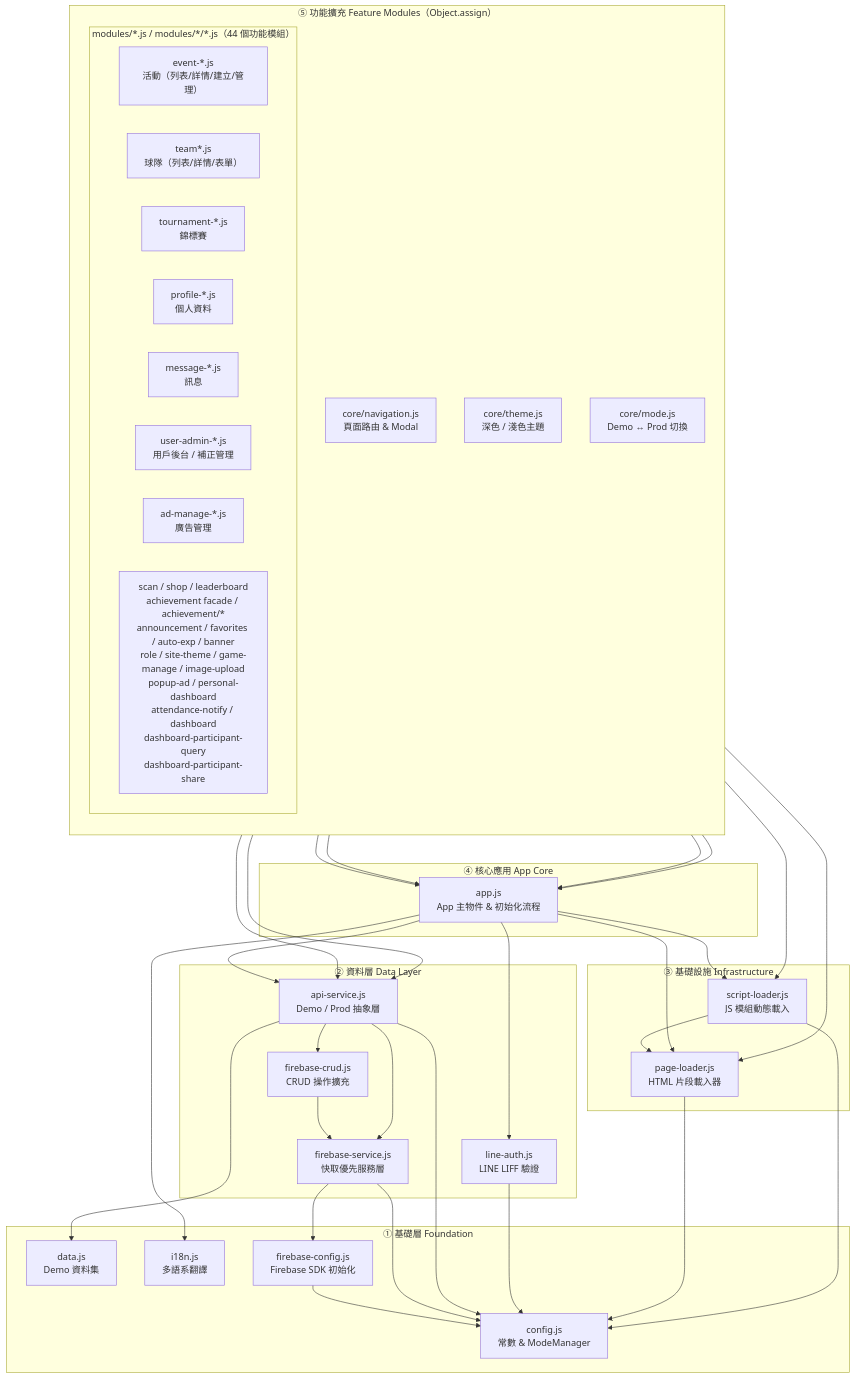
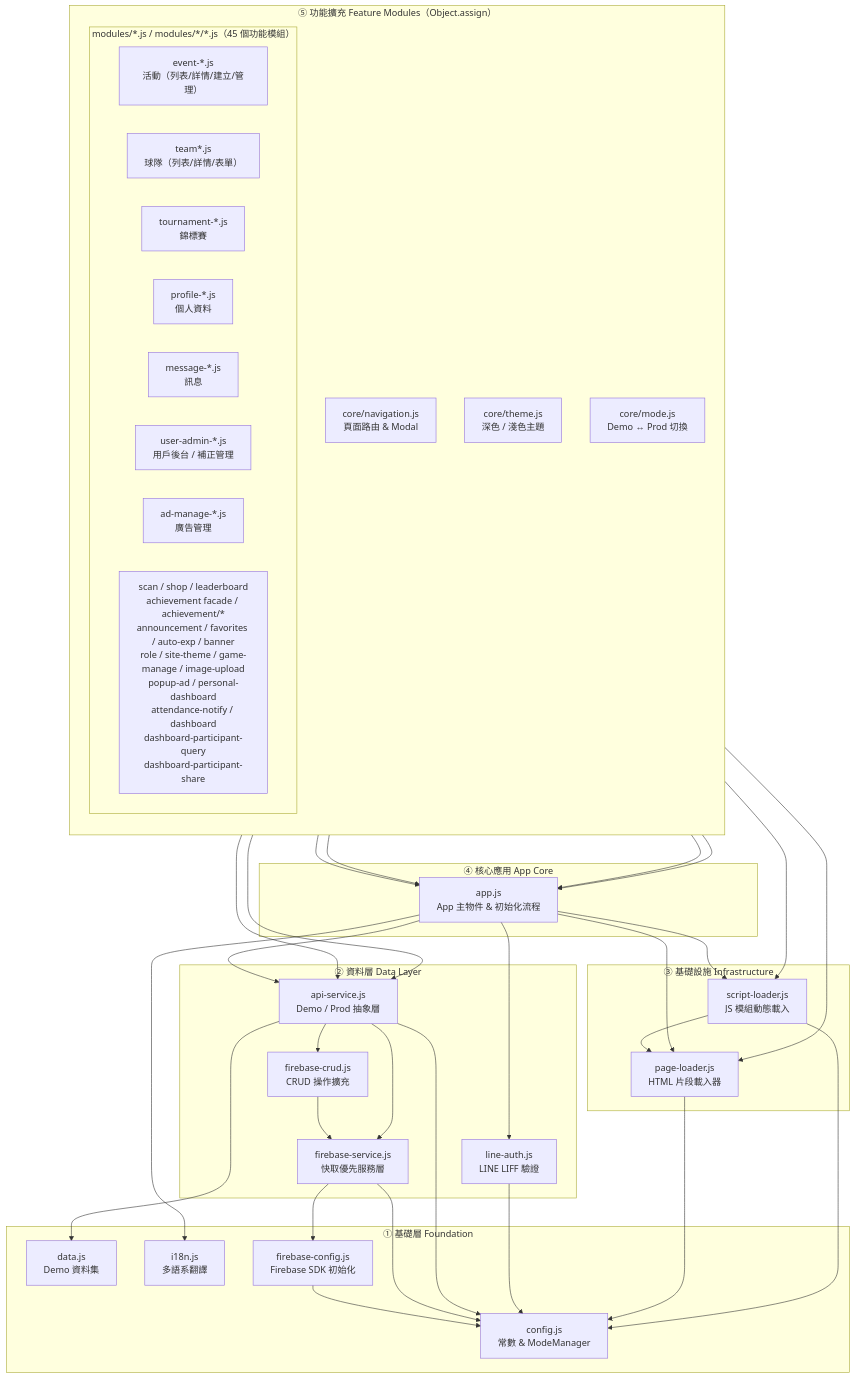
One commit to msw2004727/FC changed the first of 2 diagrams in docs/architecture.md. Above: the diagram before and after it, drawn with Mermaid. The commit also changed other lines of this file and 13 other files, not shown here.

````diff
--- a/docs/architecture.md
+++ b/docs/architecture.md
@@ -5,78 +5,78 @@
 ```mermaid
 flowchart TD
     subgraph F["① 基礎層 Foundation"]
         CONFIG["config.js\n常數 & ModeManager"]
         DATA["data.js\nDemo 資料集"]
         I18N["i18n.js\n多語系翻譯"]
         FB_CFG["firebase-config.js\nFirebase SDK 初始化"]
     end
 
     subgraph D["② 資料層 Data Layer"]
         FB_SVC["firebase-service.js\n快取優先服務層"]
         FB_CRUD["firebase-crud.js\nCRUD 操作擴充"]
         API["api-service.js\nDemo / Prod 抽象層"]
         LINE["line-auth.js\nLINE LIFF 驗證"]
     end
 
     subgraph I["③ 基礎設施 Infrastructure"]
         PAGE_LDR["page-loader.js\nHTML 片段載入器"]
         SCRPT_LDR["script-loader.js\nJS 模組動態載入"]
     end
 
     subgraph C["④ 核心應用 App Core"]
         APP["app.js\nApp 主物件 & 初始化流程"]
     end
 
     subgraph E["⑤ 功能擴充 Feature Modules（Object.assign）"]
         direction TB
         NAV["core/navigation.js\n頁面路由 & Modal"]
         THEME["core/theme.js\n深色 / 淺色主題"]
         MODE["core/mode.js\nDemo ↔ Prod 切換"]
 
-        subgraph MODS["modules/*.js / modules/*/*.js（44 個功能模組）"]
+        subgraph MODS["modules/*.js / modules/*/*.js（45 個功能模組）"]
             EVT["event-*.js\n活動（列表/詳情/建立/管理）"]
             TEAM["team*.js\n球隊（列表/詳情/表單）"]
             TOUR["tournament-*.js\n錦標賽"]
             PROF["profile-*.js\n個人資料"]
             MSG["message-*.js\n訊息"]
             ADM["user-admin-*.js\n用戶後台 / 補正管理"]
             AD["ad-manage-*.js\n廣告管理"]
             UTIL["scan / shop / leaderboard\nachievement facade / achievement/*\nannouncement / favorites / auto-exp / banner\nrole / site-theme / game-manage / image-upload\npopup-ad / personal-dashboard\nattendance-notify / dashboard\ndashboard-participant-query\ndashboard-participant-share"]
         end
     end
 
     %% Foundation 內部依賴
     FB_CFG --> CONFIG
 
     %% 資料層依賴
     FB_SVC --> CONFIG
     FB_SVC --> FB_CFG
     FB_CRUD --> FB_SVC
     API --> DATA
     API --> CONFIG
     API --> FB_SVC
     API --> FB_CRUD
     LINE --> CONFIG
 
     %% 基礎設施依賴
     PAGE_LDR --> CONFIG
     SCRPT_LDR --> CONFIG
     SCRPT_LDR --> PAGE_LDR
 
     %% App Core 依賴
     APP --> API
     APP --> LINE
     APP --> PAGE_LDR
     APP --> SCRPT_LDR
     APP --> I18N
 
     %% 功能擴充（Object.assign → App）
     NAV --> APP
     NAV --> PAGE_LDR
     NAV --> SCRPT_LDR
     THEME --> APP
     MODE --> APP
     MODE --> API
     MODS --> APP
     MODS --> API
 ```
````
